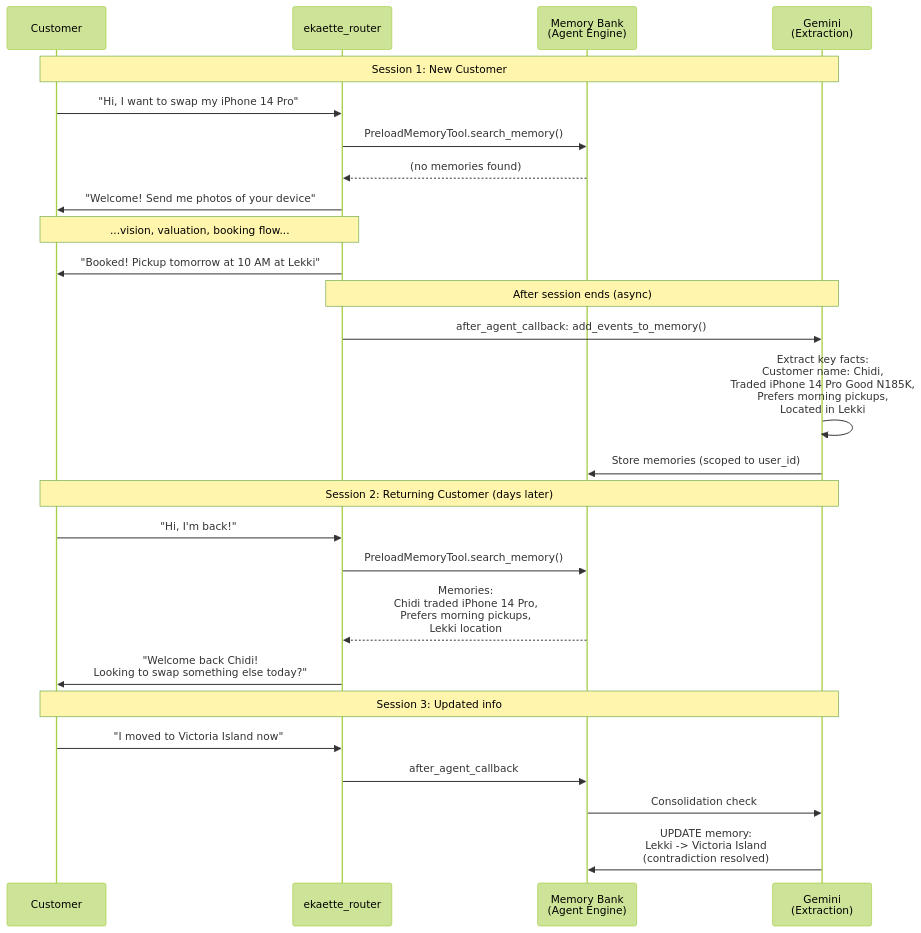
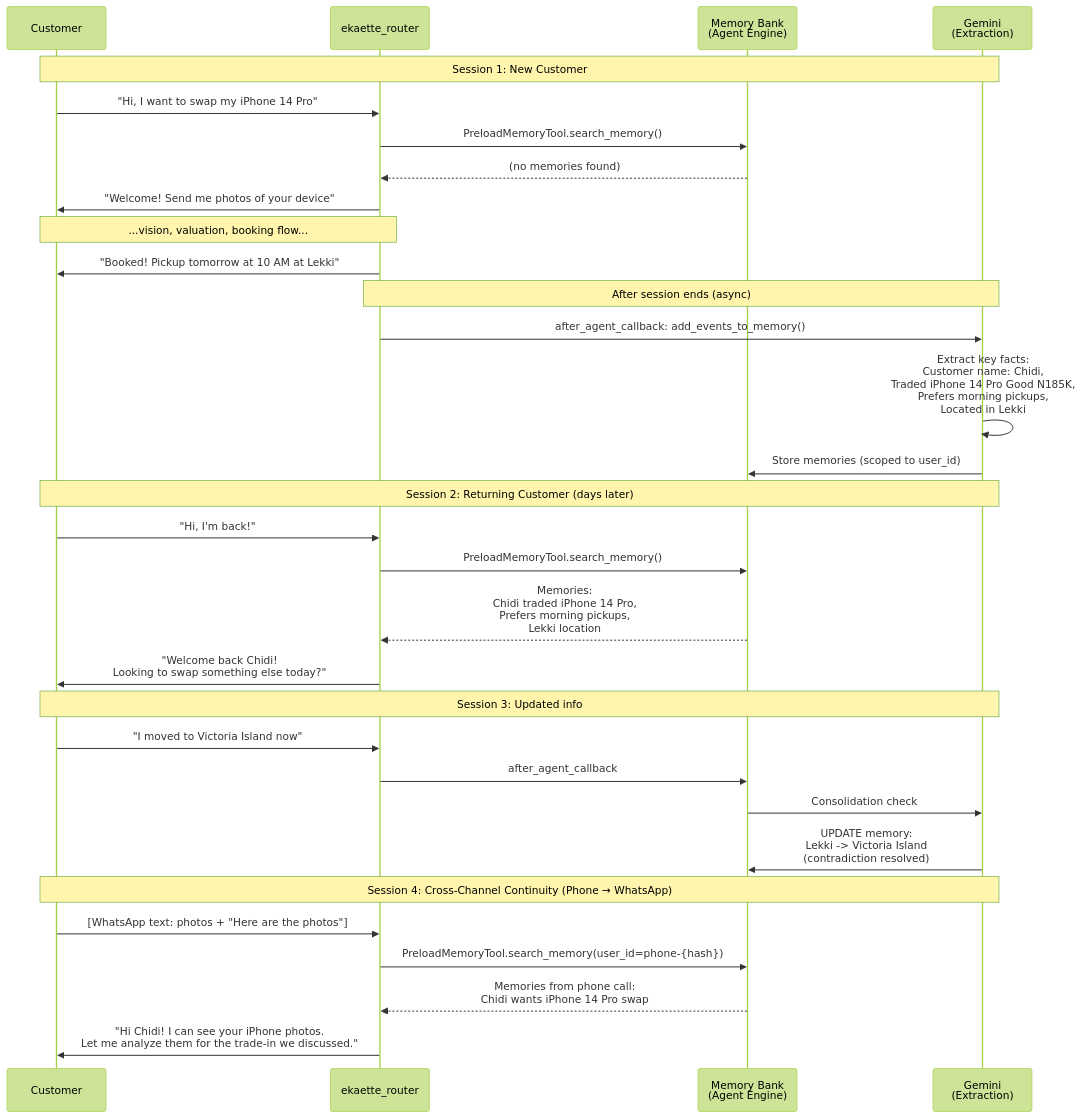
One commit to ogabasseyy/ekaette changed the third of 4 diagrams in docs/architecture/02-voice-agents.md. Above: the diagram before and after it, drawn with Mermaid (forest theme). The commit also changed other lines of this file and 22 other files, not shown here.

First line of the commit message:
S10: Cross-channel phone identity resolution

````diff
--- a/docs/architecture/02-voice-agents.md
+++ b/docs/architecture/02-voice-agents.md
@@ -109,34 +110,40 @@
 ```mermaid
 sequenceDiagram
     participant C as Customer
     participant ROOT as ekaette_router
     participant MB as Memory Bank<br/>(Agent Engine)
     participant GEMINI as Gemini<br/>(Extraction)
 
     Note over C,GEMINI: Session 1: New Customer
     C->>ROOT: "Hi, I want to swap my iPhone 14 Pro"
     ROOT->>MB: PreloadMemoryTool.search_memory()
     MB-->>ROOT: (no memories found)
 
     ROOT->>C: "Welcome! Send me photos of your device"
     Note over C,ROOT: ...vision, valuation, booking flow...
     ROOT->>C: "Booked! Pickup tomorrow at 10 AM at Lekki"
 
     Note over ROOT,GEMINI: After session ends (async)
     ROOT->>GEMINI: after_agent_callback: add_events_to_memory()
     GEMINI->>GEMINI: Extract key facts:<br/>Customer name: Chidi,<br/>Traded iPhone 14 Pro Good N185K,<br/>Prefers morning pickups,<br/>Located in Lekki
     GEMINI->>MB: Store memories (scoped to user_id)
 
     Note over C,GEMINI: Session 2: Returning Customer (days later)
     C->>ROOT: "Hi, I'm back!"
     ROOT->>MB: PreloadMemoryTool.search_memory()
     MB-->>ROOT: Memories:<br/>Chidi traded iPhone 14 Pro,<br/>Prefers morning pickups,<br/>Lekki location
 
     ROOT->>C: "Welcome back Chidi!<br/>Looking to swap something else today?"
 
     Note over C,GEMINI: Session 3: Updated info
     C->>ROOT: "I moved to Victoria Island now"
     ROOT->>MB: after_agent_callback
     MB->>GEMINI: Consolidation check
     GEMINI->>MB: UPDATE memory:<br/>Lekki -> Victoria Island<br/>(contradiction resolved)
+
+    Note over C,GEMINI: Session 4: Cross-Channel Continuity (Phone → WhatsApp)
+    C->>ROOT: [WhatsApp text: photos + "Here are the photos"]
+    ROOT->>MB: PreloadMemoryTool.search_memory(user_id=phone-{hash})
+    MB-->>ROOT: Memories from phone call:<br/>Chidi wants iPhone 14 Pro swap
+    ROOT->>C: "Hi Chidi! I can see your iPhone photos.<br/>Let me analyze them for the trade-in we discussed."
 ```
````
